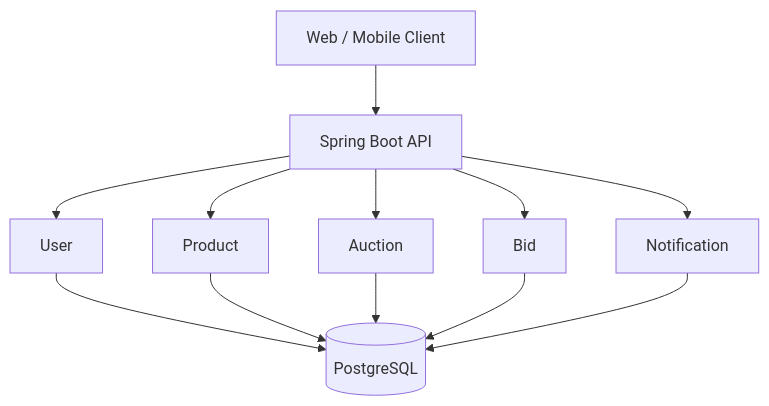
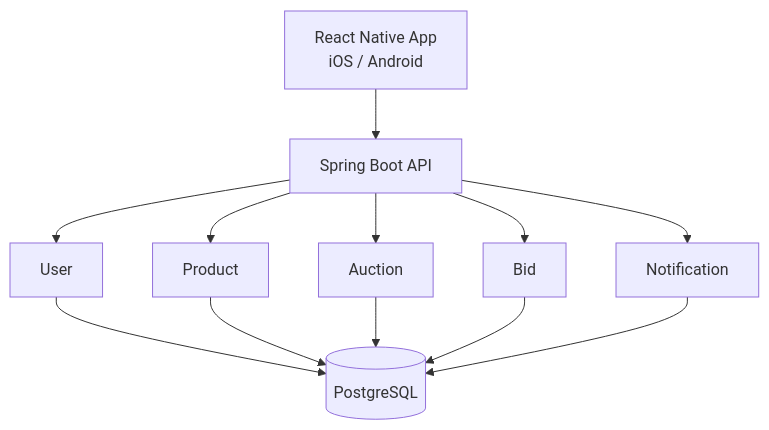
One commit to ckdrmsdl9999/CollectBid changed the third of 3 diagrams in README.md. Above: the diagram before and after it, drawn with Mermaid. The commit also changed other lines of this file, not shown here.

````diff
--- a/README.md
+++ b/README.md
@@ -122,10 +127,10 @@
 ```mermaid
 flowchart TD
-    Client[Web / Mobile Client] --> API[Spring Boot API]
+    Mobile[React Native App<br/>iOS / Android] --> API[Spring Boot API]
     API --> User[User]
     API --> Product[Product]
     API --> Auction[Auction]
     API --> Bid[Bid]
     API --> Notification[Notification]
     User & Product & Auction & Bid & Notification --> DB[(PostgreSQL)]
 ```
````
